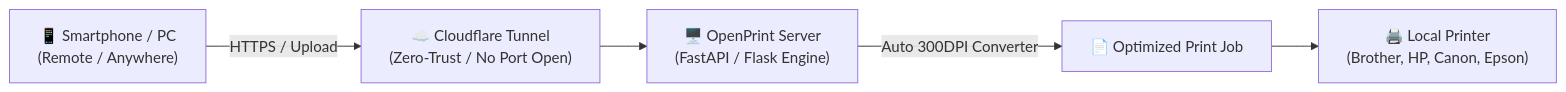
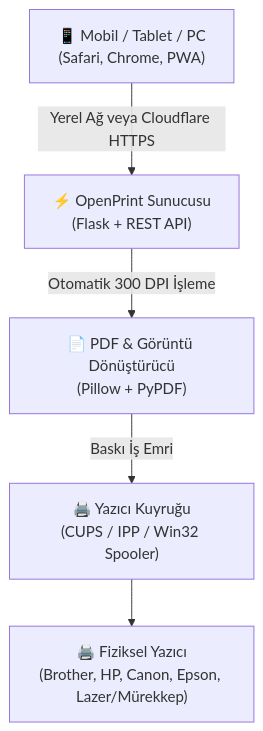
One commit to kefy266/openprint changed the diagram in README.md. Above: the diagram before and after it, drawn with Mermaid. The commit also changed other lines of this file and 6 other files, not shown here.

````diff
--- a/README.md
+++ b/README.md
@@ -62,7 +90,7 @@
 ```mermaid
-flowchart LR
-    A["📱 Smartphone / PC<br/>(Remote / Anywhere)"] -->|HTTPS / Upload| B["☁️ Cloudflare Tunnel<br/>(Zero-Trust / No Port Open)"]
-    B --> C["🖥️ OpenPrint Server<br/>(FastAPI / Flask Engine)"]
-    C -->|Auto 300DPI Converter| D["📄 Optimized Print Job"]
-    D --> E["🖨️ Local Printer<br/>(Brother, HP, Canon, Epson)"]
+flowchart TD
+    A["📱 Mobil / Tablet / PC<br/>(Safari, Chrome, PWA)"] -->|Yerel Ağ veya Cloudflare HTTPS| B["⚡ OpenPrint Sunucusu<br/>(Flask + REST API)"]
+    B -->|Otomatik 300 DPI İşleme| C["📄 PDF & Görüntü Dönüştürücü<br/>(Pillow + PyPDF)"]
+    C -->|Baskı İş Emri| D["🖨️ Yazıcı Kuyruğu<br/>(CUPS / IPP / Win32 Spooler)"]
+    D --> E["🖨️ Fiziksel Yazıcı<br/>(Brother, HP, Canon, Epson, Lazer/Mürekkep)"]
 ```
````
